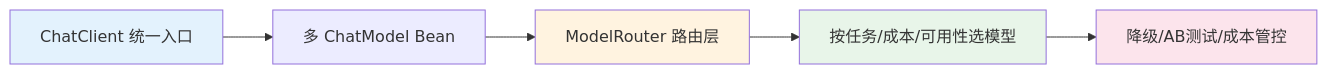
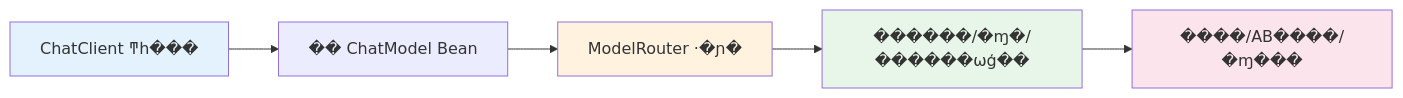
One commit to TimeHunter618/hugo-maid-dev changed the eighth of 8 diagrams in content/post/ai-interview/SpringAI如何接入多种模型.zh-CN.md. Above: the diagram before and after it, drawn with Mermaid. The commit also changed other lines of this file and 70 other files, not shown here.

````diff
--- a/content/post/ai-interview/SpringAI如何接入多种模型.zh-CN.md
+++ b/content/post/ai-interview/SpringAI如何接入多种模型.zh-CN.md
@@ -678,12 +678,12 @@
 ```mermaid
 graph LR
-    A[ChatClient 统一入口] --> B[多 ChatModel Bean]
-    B --> C[ModelRouter 路由层]
-    C --> D[按任务/成本/可用性选模型]
-    D --> E[降级/AB测试/成本管控]
+    A[ChatClient ͳһ���] --> B[�� ChatModel Bean]
+    B --> C[ModelRouter ·�ɲ�]
+    C --> D[������/�ɱ�/������ѡģ��]
+    D --> E[����/AB����/�ɱ��ܿ�]
 
     style A fill:#e3f2fd
     style C fill:#fff3e0
     style D fill:#e8f5e9
     style E fill:#fce4ec
 ```
````
